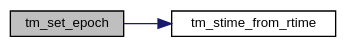
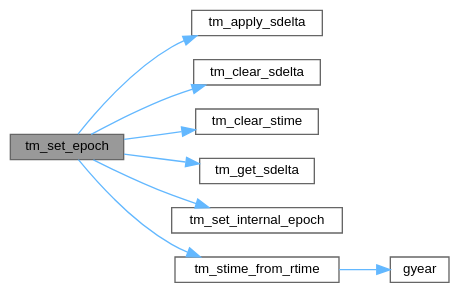
The diagram in time_8h_a6a189a7f4cdf84e3f061bb309203fb50_cgraph.dot (ebs-universe/piolib-time), drawn with Graphviz before and after one commit. The commit also changed 516 other files, not shown here.

```diff
--- a/time_8h_a6a189a7f4cdf84e3f061bb309203fb50_cgraph.dot
+++ b/time_8h_a6a189a7f4cdf84e3f061bb309203fb50_cgraph.dot
@@ -1,12 +1,24 @@
 digraph "tm_set_epoch"
 {
  // INTERACTIVE_SVG=YES
  // LATEX_PDF_SIZE
   bgcolor="transparent";
-  edge [fontname="Helvetica",fontsize="10",labelfontname="Helvetica",labelfontsize="10"];
-  node [fontname="Helvetica",fontsize="10",shape=record];
+  edge [fontname=Helvetica,fontsize=10,labelfontname=Helvetica,labelfontsize=10];
+  node [fontname=Helvetica,fontsize=10,shape=box,height=0.2,width=0.4];
   rankdir="LR";
-  Node1 [label="tm_set_epoch",height=0.2,width=0.4,color="black", fillcolor="grey75", style="filled", fontcolor="black",tooltip="Set the epoch time from an external real time source."];
-  Node1 -> Node2 [color="midnightblue",fontsize="10",style="solid",fontname="Helvetica"];
-  Node2 [label="tm_stime_from_rtime",height=0.2,width=0.4,color="black",URL="$time_8c.html#adcd940fe0a1b12b1a0c47e857bc91b6e",tooltip="Get a system timestamp from a real time, against the current epoch."];
+  Node1 [id="Node000001",label="tm_set_epoch",height=0.2,width=0.4,color="gray40", fillcolor="grey60", style="filled", fontcolor="black",tooltip="Set the epoch time from an external real time source."];
+  Node1 -> Node2 [id="edge1_Node000001_Node000002",color="steelblue1",style="solid",tooltip=" "];
+  Node2 [id="Node000002",label="tm_apply_sdelta",height=0.2,width=0.4,color="grey40", fillcolor="white", style="filled",URL="$time_8h.html#a020bc3b6a0701a332d55523b44d837ae",tooltip="Apply a time difference to a time in system time."];
+  Node1 -> Node3 [id="edge2_Node000001_Node000003",color="steelblue1",style="solid",tooltip=" "];
+  Node3 [id="Node000003",label="tm_clear_sdelta",height=0.2,width=0.4,color="grey40", fillcolor="white", style="filled",URL="$time_8c.html#a00a5692ee3a8cab2cb079ce7e2c8c5e3",tooltip="Clear a tm_sdelta_t instance."];
+  Node1 -> Node4 [id="edge3_Node000001_Node000004",color="steelblue1",style="solid",tooltip=" "];
+  Node4 [id="Node000004",label="tm_clear_stime",height=0.2,width=0.4,color="grey40", fillcolor="white", style="filled",URL="$time_8c.html#a80e742cf4d5a15aa405e271532631cb7",tooltip="Clear a tm_system_t instance."];
+  Node1 -> Node5 [id="edge4_Node000001_Node000005",color="steelblue1",style="solid",tooltip=" "];
+  Node5 [id="Node000005",label="tm_get_sdelta",height=0.2,width=0.4,color="grey40", fillcolor="white", style="filled",URL="$time_8h.html#a006383f294822e9ac3115800060d1b8e",tooltip="Get the difference between two system times as a system time delta (t2 - t1)"];
+  Node1 -> Node6 [id="edge5_Node000001_Node000006",color="steelblue1",style="solid",tooltip=" "];
+  Node6 [id="Node000006",label="tm_set_internal_epoch",height=0.2,width=0.4,color="grey40", fillcolor="white", style="filled",URL="$time_8c.html#acc311702473d2c6414de107863fc6148",tooltip=" "];
+  Node1 -> Node7 [id="edge6_Node000001_Node000007",color="steelblue1",style="solid",tooltip=" "];
+  Node7 [id="Node000007",label="tm_stime_from_rtime",height=0.2,width=0.4,color="grey40", fillcolor="white", style="filled",URL="$time_8c.html#adcd940fe0a1b12b1a0c47e857bc91b6e",tooltip="Get a system timestamp from a real time, against the current epoch."];
+  Node7 -> Node8 [id="edge7_Node000007_Node000008",color="steelblue1",style="solid",tooltip=" "];
+  Node8 [id="Node000008",label="gyear",height=0.2,width=0.4,color="grey40", fillcolor="white", style="filled",URL="$time_8c.html#aba7781d07224c57d92365ae80f69421a",tooltip=" "];
 }
```
